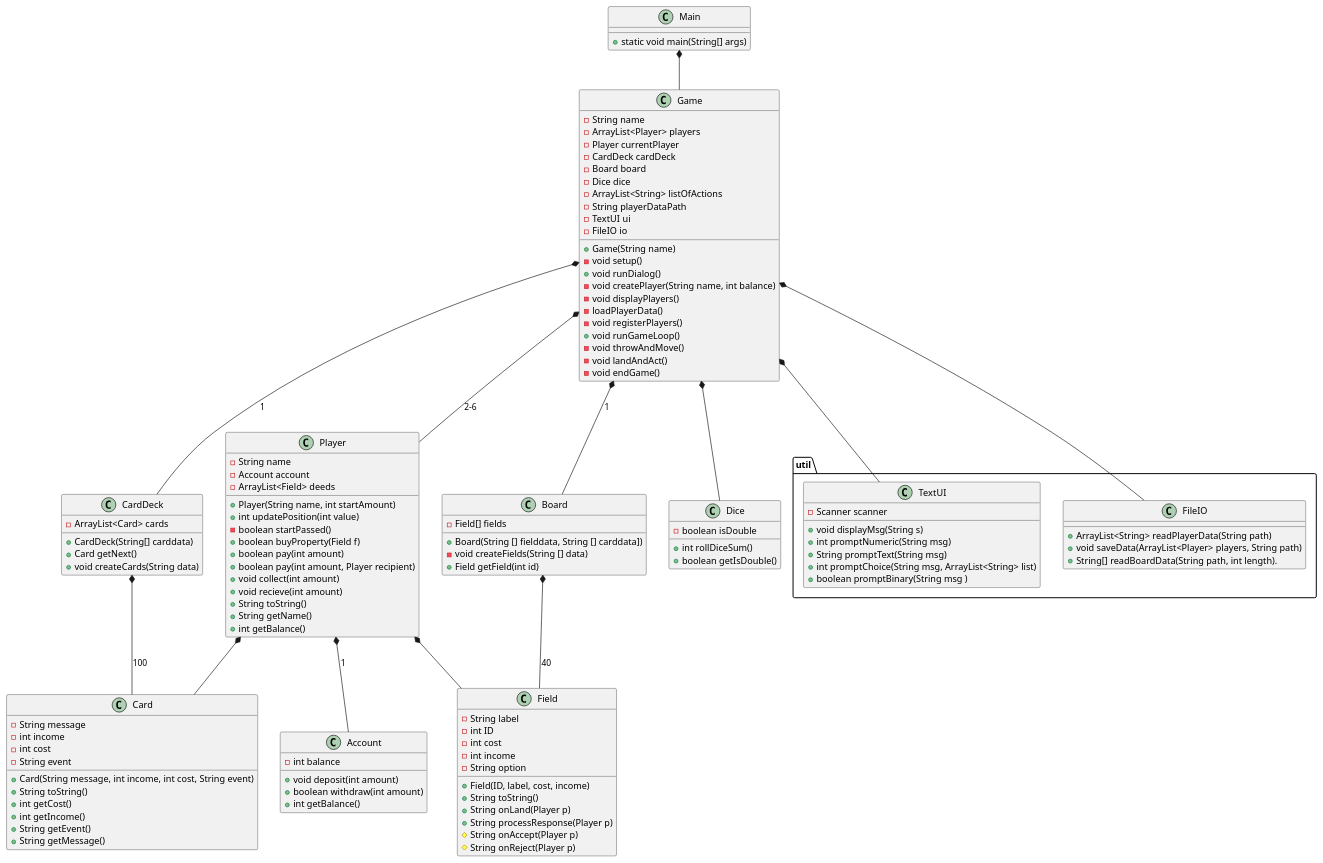
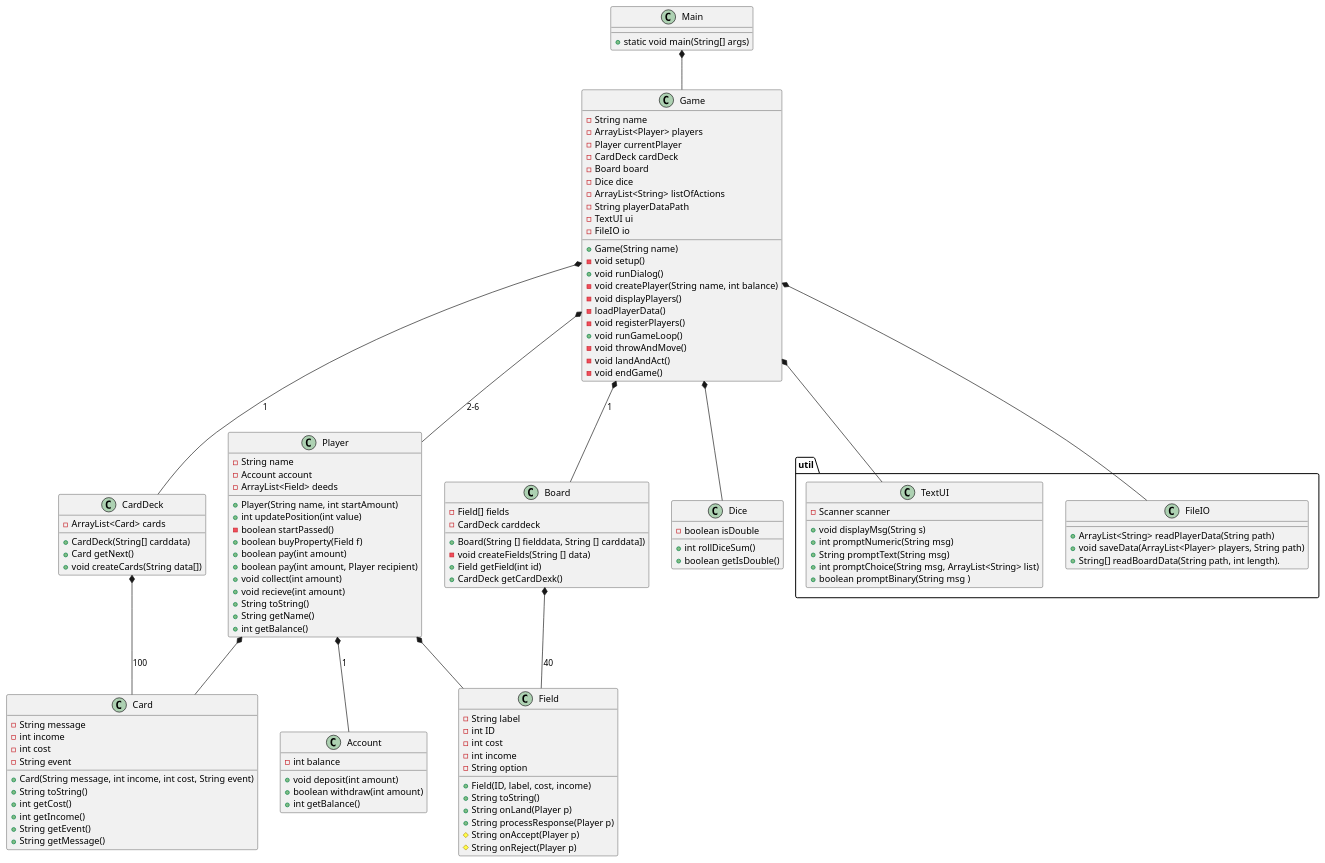
Before and after one commit to Dat1Cphbusiness/MonopolyE24: the diagram in doc/Plan/static/classdiagram_v1.puml, drawn with PlantUML.

Commit message:
fixed mistakes in CardDeck and Board

```diff
--- a/doc/Plan/static/classdiagram_v1.puml
+++ b/doc/Plan/static/classdiagram_v1.puml
@@ -1,136 +1,137 @@
 @startuml
 class Main{
 + static void main(String[] args)
 }
 
 
 
 
 class Game{
  - String name
  - ArrayList<Player> players
  - Player currentPlayer
  - CardDeck cardDeck
  - Board board
  - Dice dice
  'utilities
   - ArrayList<String> listOfActions
   - String playerDataPath
   - TextUI ui
   - FileIO io
   'Contructor
  + Game(String name)
  'Methods
  - void setup()
  + void runDialog()
  - void createPlayer(String name, int balance)
  - void displayPlayers()
   - loadPlayerData()
  - void registerPlayers()
  + void runGameLoop()
  - void throwAndMove()
  - void landAndAct()
  - void endGame()
 
 }
 
 class Player{
 - String name
 - Account account
 - ArrayList<Field> deeds
 + Player(String name, int startAmount)
 + int updatePosition(int value)
 - boolean startPassed()
 + boolean buyProperty(Field f)
 + boolean pay(int amount)
 + boolean pay(int amount, Player recipient)
 + void collect(int amount)
 + void recieve(int amount)
 + String toString()
 + String getName()
 + int getBalance()
 }
 class Account{
 - int balance
 + void deposit(int amount)
 + boolean withdraw(int amount)
 + int getBalance()
 }
 
 
 
-
 class Field{
 - String label
  - int ID
  - int cost
  - int income
  - String option
  + Field(ID, label, cost, income)
  + String toString()
  + String onLand(Player p)
  + String processResponse(Player p)
  # String onAccept(Player p)
  # String onReject(Player p)
 }
 class Board{
  - Field[] fields
+ - CardDeck carddeck
  + Board(String [] fielddata, String [] carddata])
  - void createFields(String [] data)
  + Field getField(int id)
+ + CardDeck getCardDexk()
 }
 
 class CardDeck {
 - ArrayList<Card> cards
 + CardDeck(String[] carddata)
 + Card getNext()
-+ void createCards(String data)
++ void createCards(String data[])
 }
 class Card{
 -String message
 -int income
 -int cost
 -String event
 +Card(String message, int income, int cost, String event)
 +String toString()
 + int getCost()
 + int getIncome()
 + String getEvent()
 + String getMessage()
 }
 
 class Dice{
  - boolean isDouble
  +int rollDiceSum()
  +boolean getIsDouble()
  }
 package "util" {
 class TextUI{
 - Scanner scanner
 + void displayMsg(String s)
 + int promptNumeric(String msg)
 + String promptText(String msg)
 + int promptChoice(String msg, ArrayList<String> list)
 + boolean promptBinary(String msg )
 }
 class FileIO{
 + ArrayList<String> readPlayerData(String path)
 + void saveData(ArrayList<Player> players, String path)
 + String[] readBoardData(String path, int length).
 }
 }
 
 Game *-- TextUI
 Main *-- Game
 Game *-- Player: 2-6
 Game *-- FileIO
 Player *-- Account:1
 Game *-- Board:1
 Board *-- Field:40
 Game *-- CardDeck:1
 CardDeck *-- Card:100
 Game *-- Dice
 Player *-- Card
 Player *-- Field
 
 @enduml
```
